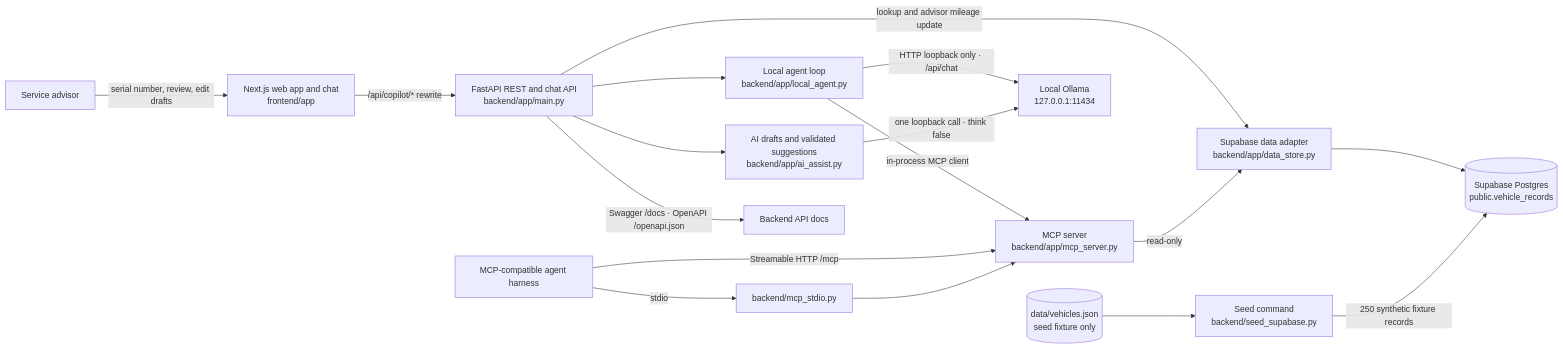
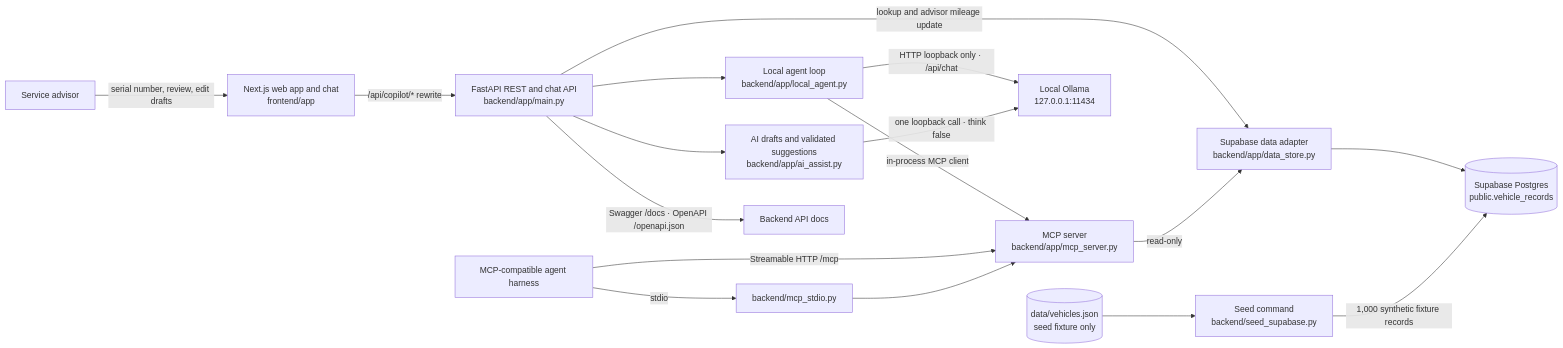
The diagram in README.md (arsalanshakil-dev/service-lane-copilot), drawn with Mermaid before and after one commit. The commit also changed other lines of this file and 14 other files, not shown here.

First line of the commit message:
Expand the synthetic dataset to 1,000 vehicle records (#35)

````diff
--- a/README.md
+++ b/README.md
@@ -13,19 +13,19 @@
 ```mermaid
 flowchart LR
     Advisor[Service advisor] -->|serial number, review, edit drafts| Web[Next.js web app and chat\nfrontend/app]
     Web -->|/api/copilot/* rewrite| API[FastAPI REST and chat API\nbackend/app/main.py]
     API -->|lookup and advisor mileage update| Store[Supabase data adapter\nbackend/app/data_store.py]
     Store --> Data[(Supabase Postgres\npublic.vehicle_records)]
-    Seed[Seed command\nbackend/seed_supabase.py] -->|250 synthetic fixture records| Data
+    Seed[Seed command\nbackend/seed_supabase.py] -->|1,000 synthetic fixture records| Data
     Fixture[(data/vehicles.json\nseed fixture only)] --> Seed
     API --> Agent[Local agent loop\nbackend/app/local_agent.py]
     Agent -->|HTTP loopback only · /api/chat| Ollama[Local Ollama\n127.0.0.1:11434]
     API --> Assist[AI drafts and validated suggestions\nbackend/app/ai_assist.py]
     Assist -->|one loopback call · think false| Ollama
     Agent -->|in-process MCP client| MCP
     Harness[MCP-compatible agent harness] -->|Streamable HTTP /mcp| MCP[MCP server\nbackend/app/mcp_server.py]
     Harness -->|stdio| Launcher[backend/mcp_stdio.py]
     Launcher --> MCP
     MCP -->|read-only| Store
     API -->|Swagger /docs · OpenAPI /openapi.json| Docs[Backend API docs]
 ```
````
